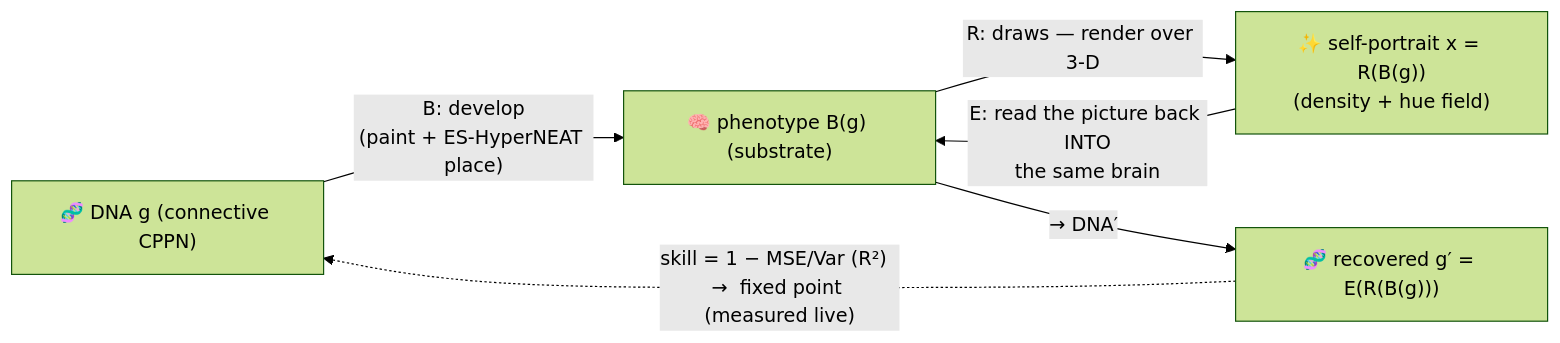
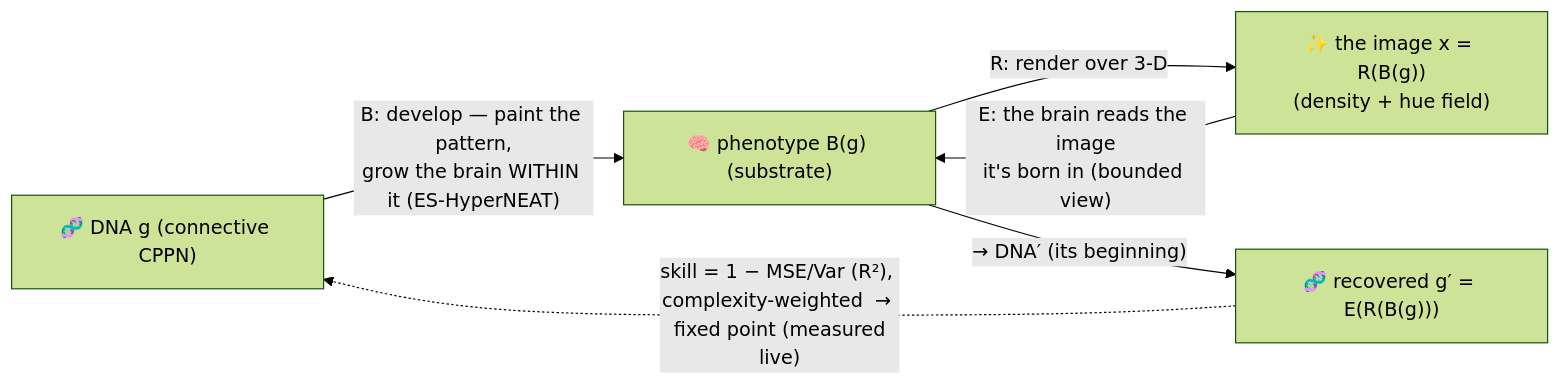
The diagram in docs/WHITEPAPER.md (admiralakber/autograph), drawn with Mermaid (forest theme) before and after one commit. The commit also changed other lines of this file and 20 other files, not shown here.

````diff
--- a/docs/WHITEPAPER.md
+++ b/docs/WHITEPAPER.md
@@ -77,8 +77,8 @@
 ```mermaid
 flowchart LR
-  G["🧬 DNA g (connective CPPN)"] -->|"B: develop<br/>(paint + ES-HyperNEAT place)"| P["🧠 phenotype B(g) (substrate)"]
-  P -->|"R: draws — render over 3-D"| X["✨ self-portrait x = R(B(g))<br/>(density + hue field)"]
-  X -->|"E: read the picture back INTO<br/>the same brain"| P
-  P -->|"→ DNA′"| G2["🧬 recovered g′ = E(R(B(g)))"]
-  G2 -. "skill = 1 − MSE/Var (R²)  →  fixed point (measured live)" .-> G
+  G["🧬 DNA g (connective CPPN)"] -->|"B: develop — paint the pattern,<br/>grow the brain WITHIN it (ES-HyperNEAT)"| P["🧠 phenotype B(g) (substrate)"]
+  P -->|"R: render over 3-D"| X["✨ the image x = R(B(g))<br/>(density + hue field)"]
+  X -->|"E: the brain reads the image<br/>it's born in (bounded view)"| P
+  P -->|"→ DNA′ (its beginning)"| G2["🧬 recovered g′ = E(R(B(g)))"]
+  G2 -. "skill = 1 − MSE/Var (R²), complexity-weighted  →  fixed point (measured live)" .-> G
 ```
````
